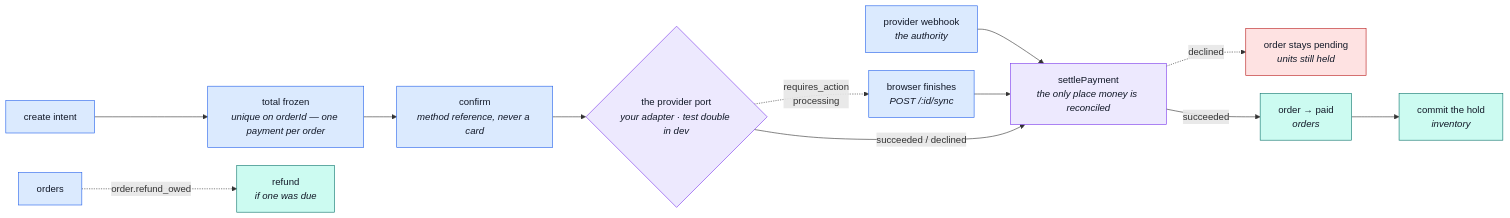
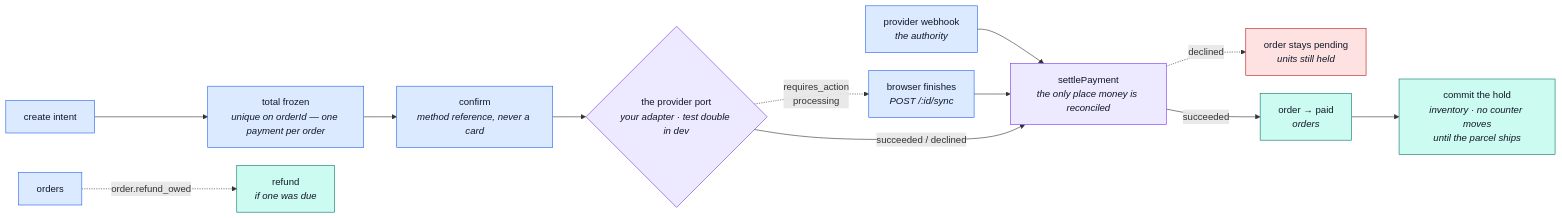
Before and after one commit to Guebbit/boilerplate-node-backend: the eighth of 8 diagrams in docs/modules/payments.md, drawn with Mermaid. The commit also changed other lines of this file and 33 other files, not shown here.

````diff
--- a/docs/modules/payments.md
+++ b/docs/modules/payments.md
@@ -450,24 +450,24 @@
 ```mermaid
 %%{init: {'flowchart': {'nodeSpacing': 30, 'rankSpacing': 55}}}%%
 flowchart LR
     A["create intent"] --> B["total frozen<br/><i>unique on orderId — one payment per order</i>"]
     B --> C["confirm<br/><i>method reference, never a card</i>"]
     C --> D{"the provider port<br/><i>your adapter · test double in dev</i>"}
     D -.->|"requires_action<br/>processing"| S["browser finishes<br/><i>POST /:id/sync</i>"]
     W["provider webhook<br/><i>the authority</i>"] --> ST
     S --> ST["settlePayment<br/><i>the only place money is reconciled</i>"]
     D -->|"succeeded / declined"| ST
     ST -.->|declined| E["order stays pending<br/><i>units still held</i>"]
     ST -->|succeeded| F["order → paid<br/><i>orders</i>"]
-    F --> G["commit the hold<br/><i>inventory</i>"]
+    F --> G["commit the hold<br/><i>inventory · no counter moves<br/>until the parcel ships</i>"]
     OC["orders"] -. "order.refund_owed" .-> R["refund<br/><i>if one was due</i>"]
 
     classDef step fill:#dbeafe,stroke:#2563eb,color:#111827;
     classDef port fill:#ede9fe,stroke:#7c3aed,color:#111827;
     classDef done fill:#ccfbf1,stroke:#0f766e,color:#111827;
     classDef bad fill:#fee2e2,stroke:#b91c1c,color:#111827;
     class A,B,C,OC,S,W step;
     class D,ST port;
     class F,G,R done;
     class E bad;
 ```
````
